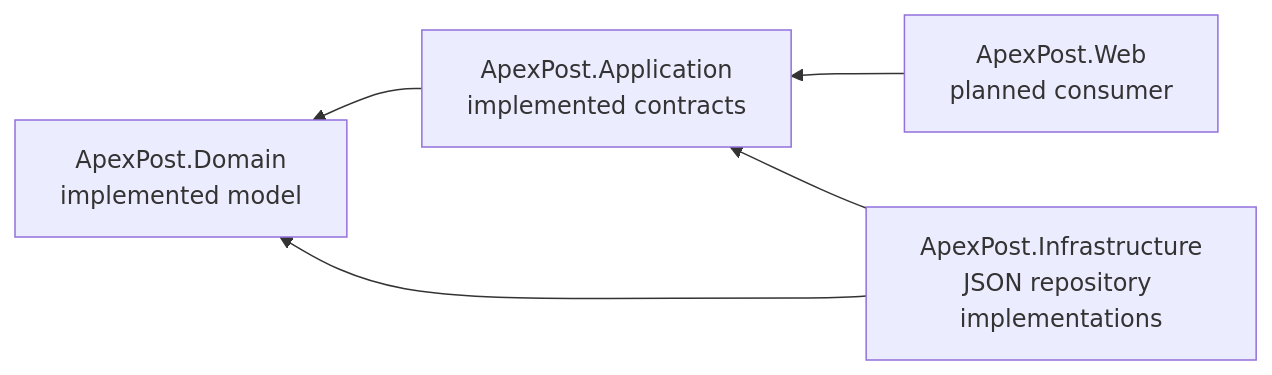
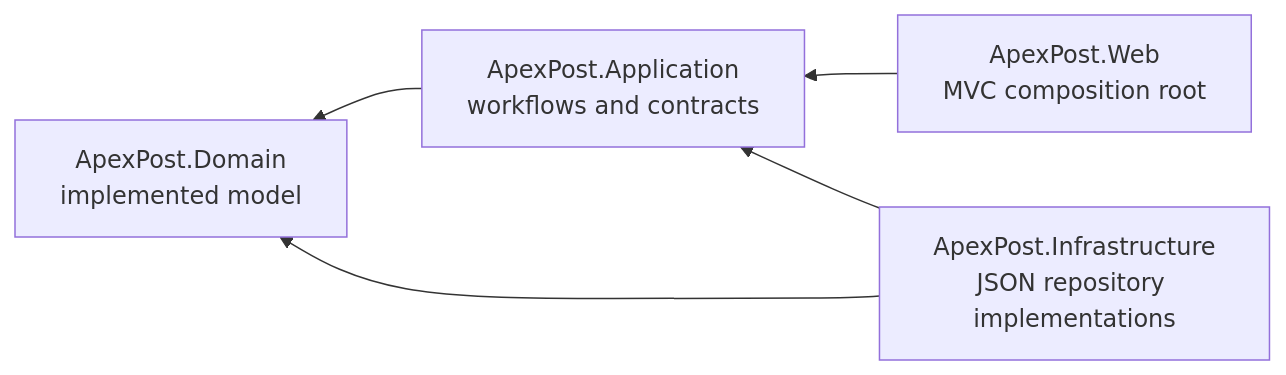
One commit to NarendraDappili/ApexPostLogisticsRepo changed the second of 27 diagrams in DESIGN.md. Above: the diagram before and after it, drawn with Mermaid. The commit also changed other lines of this file and 10 other files, not shown here.

Commit message:
docs: complete ApexPost architecture and delivery documentation

````diff
--- a/DESIGN.md
+++ b/DESIGN.md
@@ -43,7 +44,7 @@
 ```mermaid
 flowchart RL
-    Web[ApexPost.Web<br/>planned consumer] --> Application[ApexPost.Application<br/>implemented contracts]
+    Web[ApexPost.Web<br/>MVC composition root] --> Application[ApexPost.Application<br/>workflows and contracts]
     Application --> Domain[ApexPost.Domain<br/>implemented model]
     Infrastructure[ApexPost.Infrastructure<br/>JSON repository implementations] --> Application
     Infrastructure --> Domain
 ```
````
